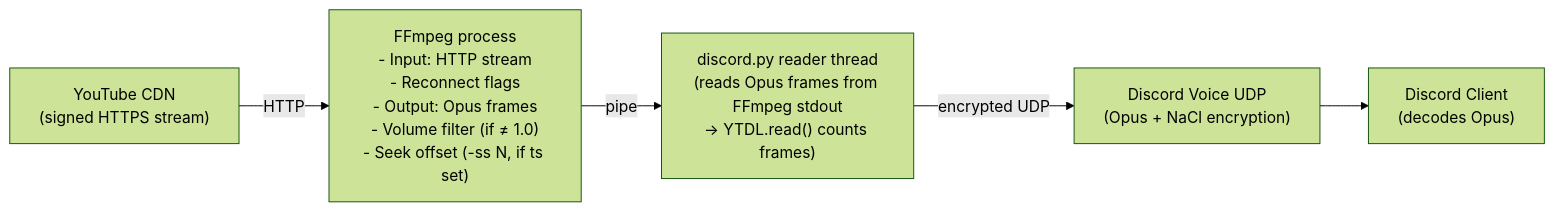
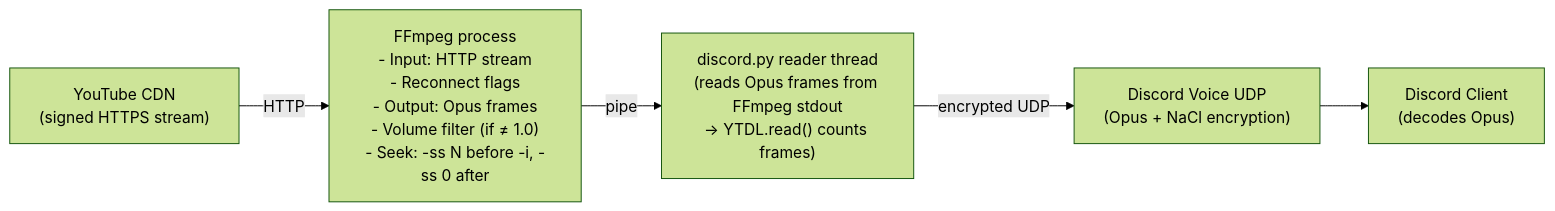
Before and after one commit to kawadeomkar/discord-music-bot: diagram 14 of 15 in docs/ARCHITECTURE.md, drawn with Mermaid (forest theme). The commit also changed other lines of this file and 3 other files, not shown here.

````diff
--- a/docs/ARCHITECTURE.md
+++ b/docs/ARCHITECTURE.md
@@ -1529,13 +1529,13 @@
 ```mermaid
 flowchart LR
     YT["YouTube CDN\n(signed HTTPS stream)"]
-    FFmpeg["FFmpeg process\n- Input: HTTP stream\n- Reconnect flags\n- Output: Opus frames\n- Volume filter (if ≠ 1.0)\n- Seek offset (-ss N, if ts set)"]
+    FFmpeg["FFmpeg process\n- Input: HTTP stream\n- Reconnect flags\n- Output: Opus frames\n- Volume filter (if ≠ 1.0)\n- Seek: -ss N before -i, -ss 0 after"]
     Reader["discord.py reader thread\n(reads Opus frames from FFmpeg stdout\n→ YTDL.read() counts frames)"]
     VC["Discord Voice UDP\n(Opus + NaCl encryption)"]
     User["Discord Client\n(decodes Opus)"]
 
     YT -->|HTTP| FFmpeg
     FFmpeg -->|pipe| Reader
     Reader -->|encrypted UDP| VC
     VC --> User
 ```
````
